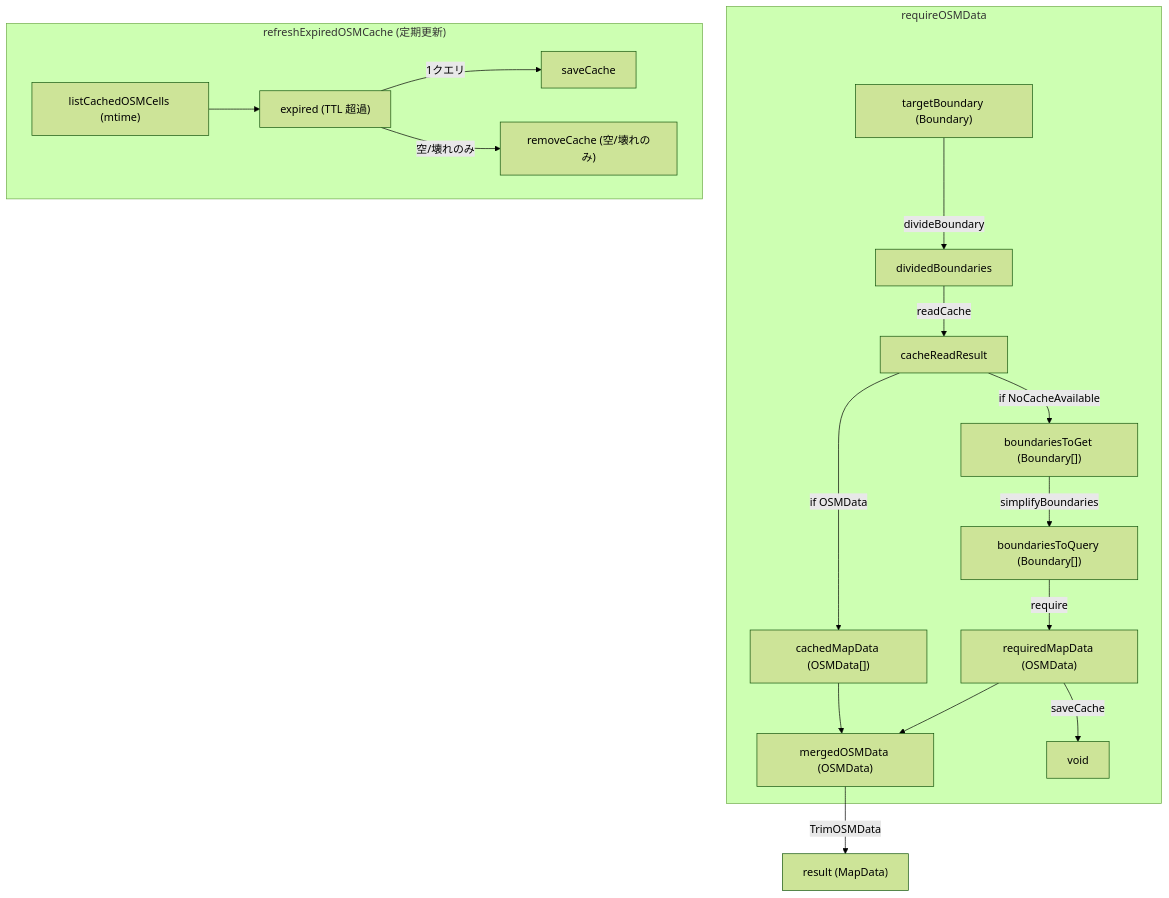
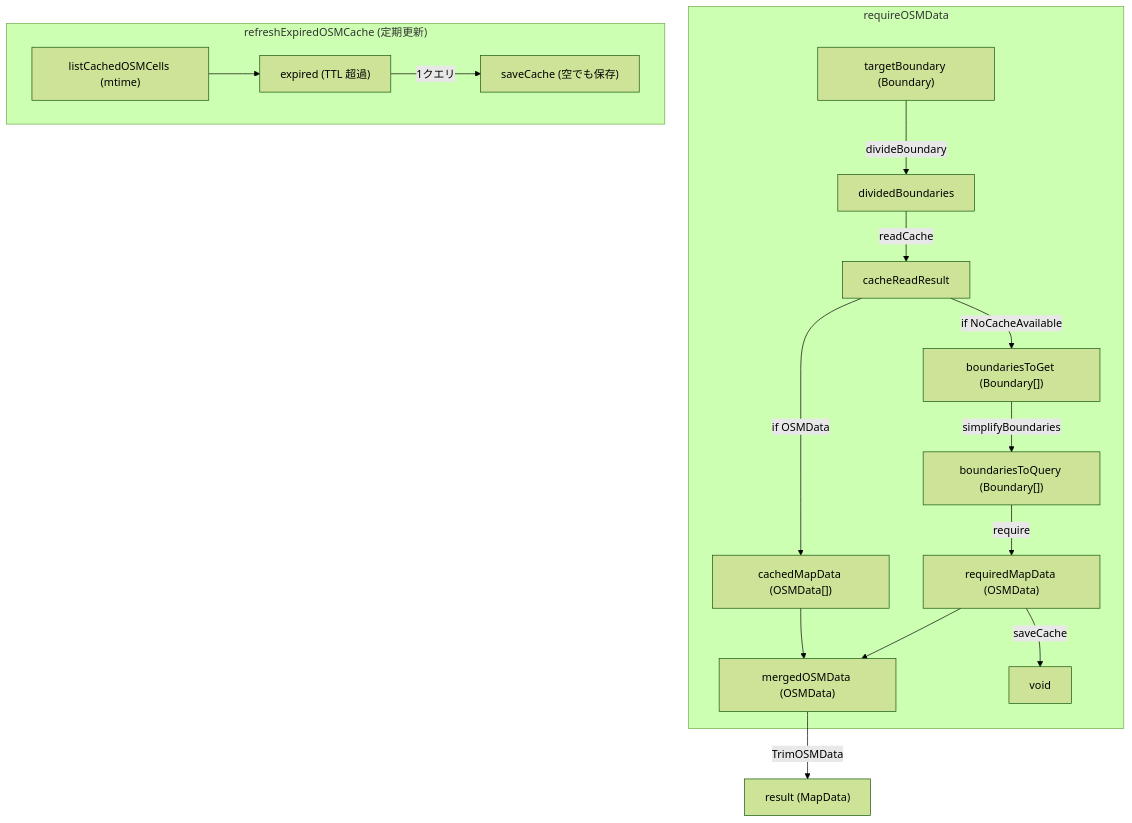
One commit to syoch/procon changed the diagram in app/src/routes/api/osm/README.md. Above: the diagram before and after it, drawn with Mermaid (forest theme). The commit also changed other lines of this file and 36 other files, not shown here.

````diff
--- a/app/src/routes/api/osm/README.md
+++ b/app/src/routes/api/osm/README.md
@@ -68,35 +75,33 @@
 ```mermaid
 graph
     OriginalBoundary["targetBoundary (Boundary)"]
     subgraph requireOSMData
         MergedOSMData["mergedOSMData (OSMData)"]
         OriginalBoundary --divideBoundary--> dividedBoundaries
 
         boundariesToGet["boundariesToGet (Boundary[])"]
         boundariesToQuery["boundariesToQuery (Boundary[])"]
         requiredMapData["requiredMapData (OSMData)"]
         cachedMapData["cachedMapData (OSMData[])"]
 
         dividedBoundaries --readCache--> cacheReadResult
 
         cacheReadResult --if NoCacheAvailable--> boundariesToGet
         cacheReadResult --if OSMData--> cachedMapData
         boundariesToGet --simplifyBoundaries--> boundariesToQuery
         boundariesToQuery --require--> requiredMapData
         requiredMapData --saveCache--> Void00000["void"]
         cachedMapData --> MergedOSMData
         requiredMapData --> MergedOSMData
     end
     ResultMapData["result (MapData)"]
     MergedOSMData --TrimOSMData --> ResultMapData
 
     subgraph refreshExpiredOSMCache ["refreshExpiredOSMCache (定期更新)"]
         CachedCells["listCachedOSMCells (mtime)"]
         Expired["expired (TTL 超過)"]
-        Saved["saveCache"]
-        Removed["removeCache (空/壊れのみ)"]
+        Saved["saveCache (空でも保存)"]
         CachedCells --> Expired
         Expired --1クエリ--> Saved
-        Expired --空/壊れのみ--> Removed
     end
 ```
````
